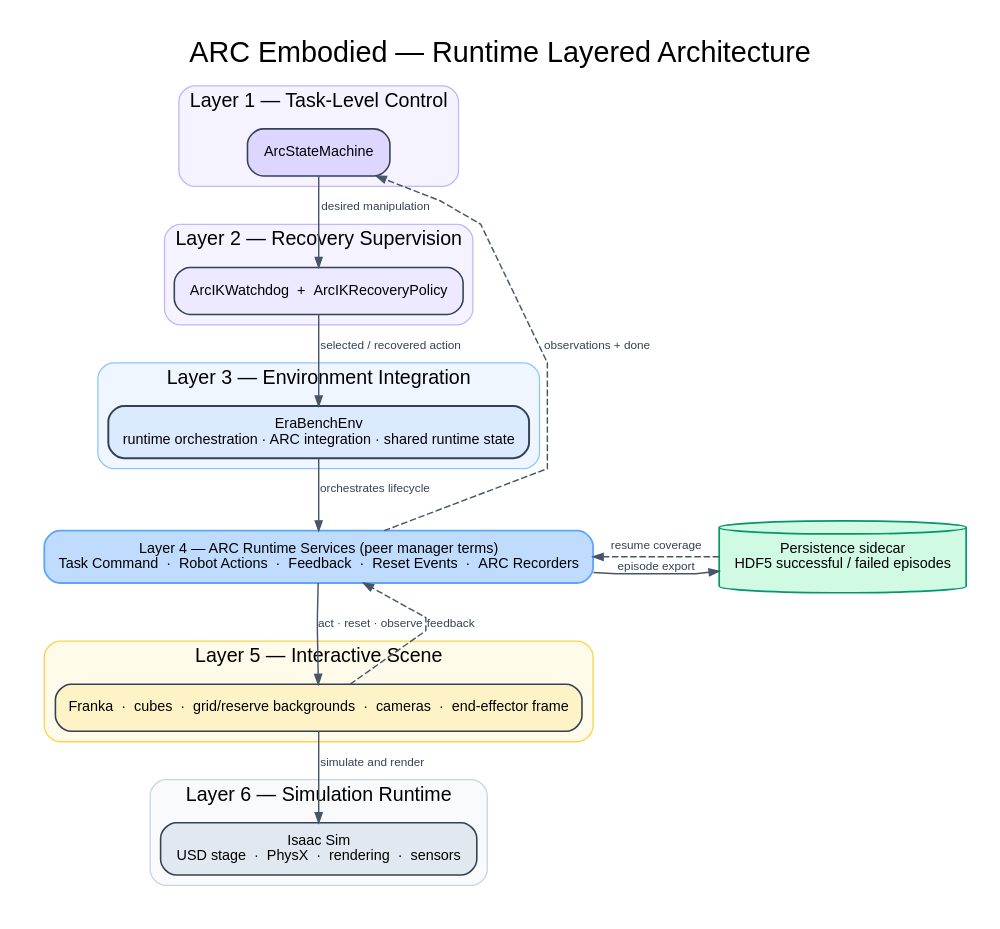
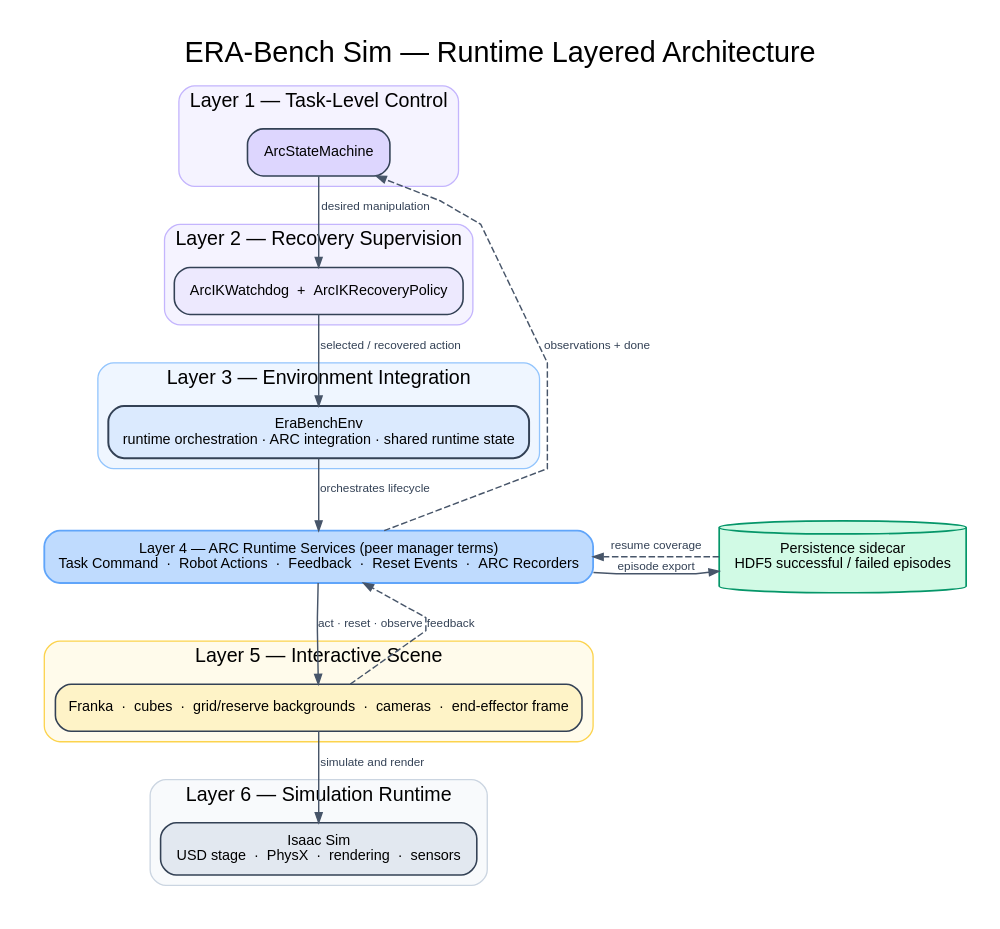
Before and after one commit to nardo7/era_bench: the diagram in source/era_bench/docs/architecture/arc_embodied_runtime_layers.dot, drawn with Graphviz. The commit also changed 35 other files, not shown here.

First line of the commit message:
Calibrate ERA-Bench scene visuals and grid resets (#2)

```diff
--- a/source/era_bench/docs/architecture/arc_embodied_runtime_layers.dot
+++ b/source/era_bench/docs/architecture/arc_embodied_runtime_layers.dot
@@ -1,150 +1,150 @@
 digraph ArcEmbodiedRuntimeLayers {
   graph [
-    label="ARC Embodied — Runtime Layered Architecture",
+    label="ERA-Bench Sim — Runtime Layered Architecture",
     labelloc=t,
     fontsize=22,
     fontname="Arial",
     rankdir=TB,
     bgcolor="white",
     pad=0.25,
     nodesep=0.35,
     ranksep=0.52,
     splines=polyline,
     compound=true
   ];
 
   node [
     shape=box,
     style="rounded,filled",
     fontname="Arial",
     fontsize=11,
     color="#334155",
     penwidth=1.2,
     margin="0.18,0.11"
   ];
 
   edge [
     fontname="Arial",
     fontsize=9,
     color="#475569",
     fontcolor="#334155",
     arrowsize=0.75,
     penwidth=1.1
   ];
 
   subgraph cluster_task_control {
     label="Layer 1 — Task-Level Control";
     fontsize=15;
     fontname="Arial";
     color="#C4B5FD";
     fillcolor="#F5F3FF";
     style="rounded,filled";
 
     state_machine [
       label="ArcStateMachine",
       fillcolor="#DDD6FE"
     ];
   }
 
   subgraph cluster_recovery {
     label="Layer 2 — Recovery Supervision";
     fontsize=15;
     fontname="Arial";
     color="#C4B5FD";
     fillcolor="#F5F3FF";
     style="rounded,filled";
 
     recovery [
       label="ArcIKWatchdog  +  ArcIKRecoveryPolicy",
       fillcolor="#EDE9FE"
     ];
   }
 
   subgraph cluster_environment {
     label="Layer 3 — Environment Integration";
     fontsize=15;
     fontname="Arial";
     color="#93C5FD";
     fillcolor="#EFF6FF";
     style="rounded,filled";
 
     environment [
       label="EraBenchEnv\nruntime orchestration · ARC integration · shared runtime state",
       fillcolor="#DBEAFE",
       penwidth=1.5
     ];
   }
 
   services [
     label="Layer 4 — ARC Runtime Services (peer manager terms)\nTask Command  ·  Robot Actions  ·  Feedback  ·  Reset Events  ·  ARC Recorders",
     fillcolor="#BFDBFE",
     color="#60A5FA",
     penwidth=1.4
   ];
 
   subgraph cluster_scene {
     label="Layer 5 — Interactive Scene";
     fontsize=15;
     fontname="Arial";
     color="#FCD34D";
     fillcolor="#FFFBEB";
     style="rounded,filled";
 
     scene [
       label="Franka  ·  cubes  ·  grid/reserve backgrounds  ·  cameras  ·  end-effector frame",
       fillcolor="#FEF3C7"
     ];
   }
 
   subgraph cluster_simulation {
     label="Layer 6 — Simulation Runtime";
     fontsize=15;
     fontname="Arial";
     color="#CBD5E1";
     fillcolor="#F8FAFC";
     style="rounded,filled";
 
     simulation [
       label="Isaac Sim\nUSD stage  ·  PhysX  ·  rendering  ·  sensors",
       fillcolor="#E2E8F0"
     ];
   }
 
   persistence [
     label="Persistence sidecar\nHDF5 successful / failed episodes",
     shape=cylinder,
     style=filled,
     fillcolor="#D1FAE5",
     color="#059669",
     penwidth=1.3
   ];
 
   state_machine -> recovery [label="desired manipulation"];
   recovery -> environment [label="selected / recovered action"];
   environment -> services [label="orchestrates lifecycle"];
   services -> scene [label="act · reset · observe"];
   scene -> simulation [label="simulate and render"];
 
   scene -> services [
     label="feedback",
     style=dashed,
     constraint=false
   ];
   services -> state_machine [
     label="observations + done",
     style=dashed,
     constraint=false
   ];
 
   services -> persistence [
     label="episode export",
     constraint=false
   ];
   persistence -> services [
     label="resume coverage",
     style=dashed,
     constraint=false
   ];
 
   { rank=same; services; persistence; }
 }
```
